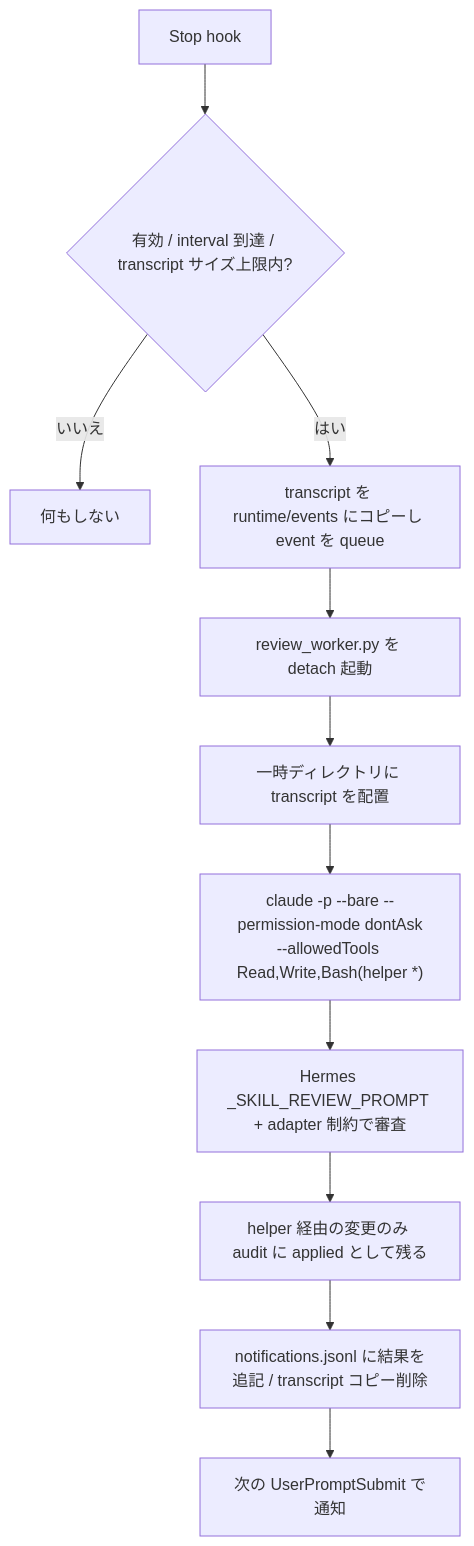
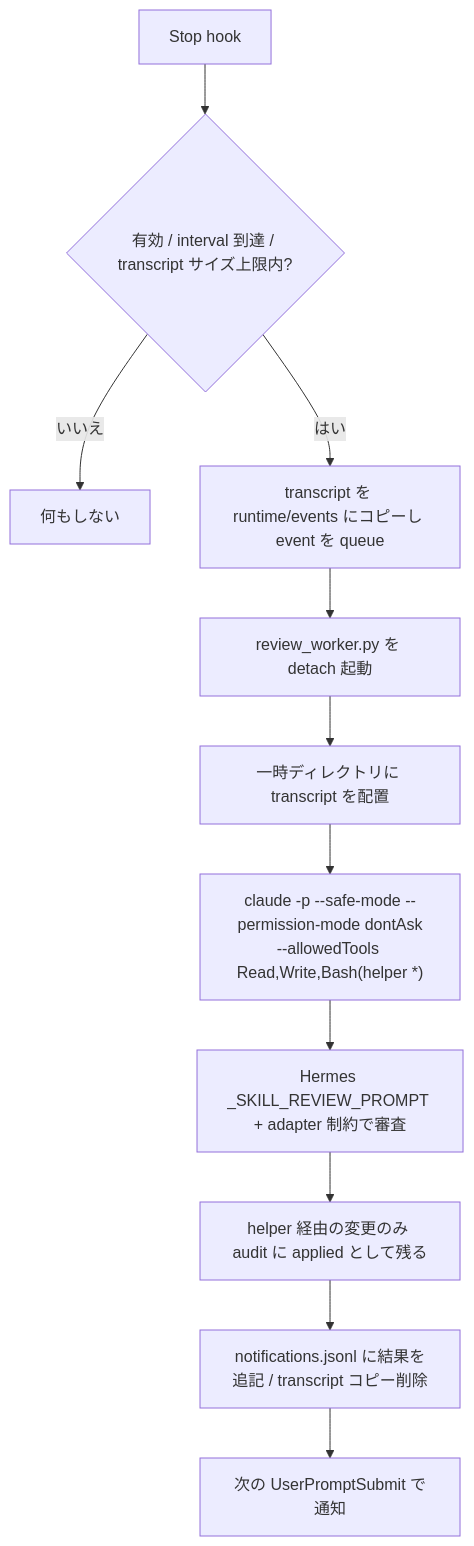
Before and after one commit to lilpacy/hermes-self-improvement-claude-plugin: the fourth of 5 diagrams in README.ja.md, drawn with Mermaid. The commit also changed other lines of this file and 3 other files, not shown here.

First line of the commit message:
Use --safe-mode instead of --bare for the background reviewer (#1)

````diff
--- a/README.ja.md
+++ b/README.ja.md
@@ -184,13 +184,13 @@
 ```mermaid
 flowchart TD
   A[Stop hook] --> B{有効 / interval 到達 / transcript サイズ上限内?}
   B -- いいえ --> Z[何もしない]
   B -- はい --> C[transcript を runtime/events にコピーし event を queue]
   C --> D[review_worker.py を detach 起動]
   D --> E[一時ディレクトリに transcript を配置]
-  E --> F["claude -p --bare --permission-mode dontAsk<br/>--allowedTools Read,Write,Bash(helper *)"]
+  E --> F["claude -p --safe-mode --permission-mode dontAsk<br/>--allowedTools Read,Write,Bash(helper *)"]
   F --> G[Hermes _SKILL_REVIEW_PROMPT + adapter 制約で審査]
   G --> H[helper 経由の変更のみ audit に applied として残る]
   H --> I[notifications.jsonl に結果を追記 / transcript コピー削除]
   I --> J[次の UserPromptSubmit で通知]
 ```
````
